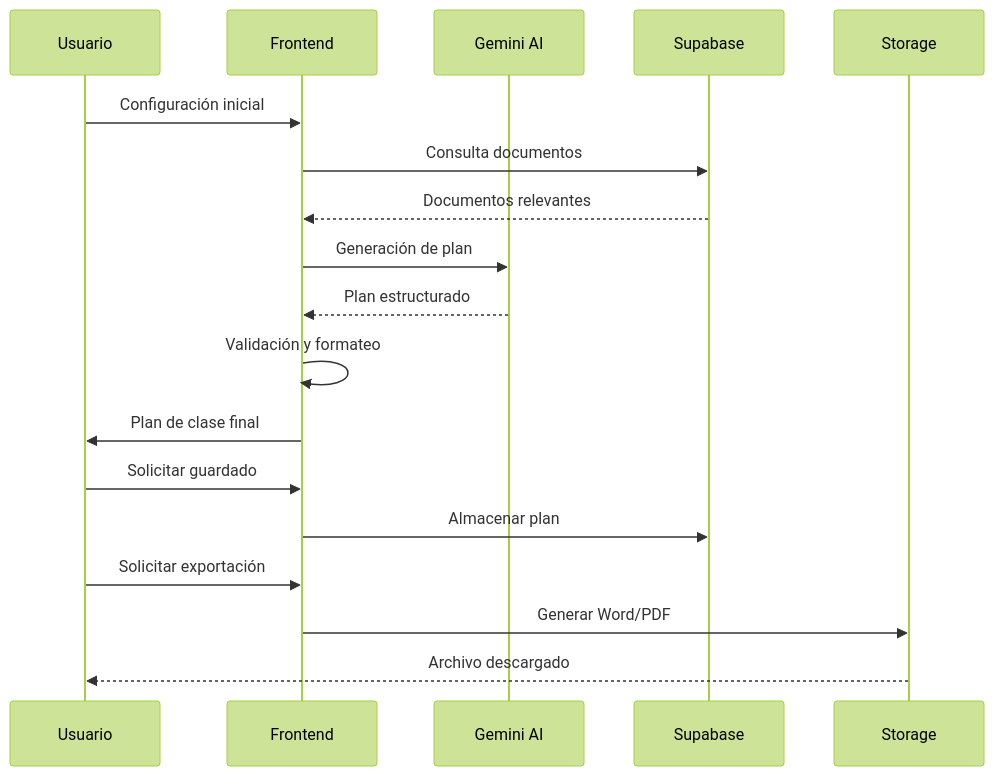
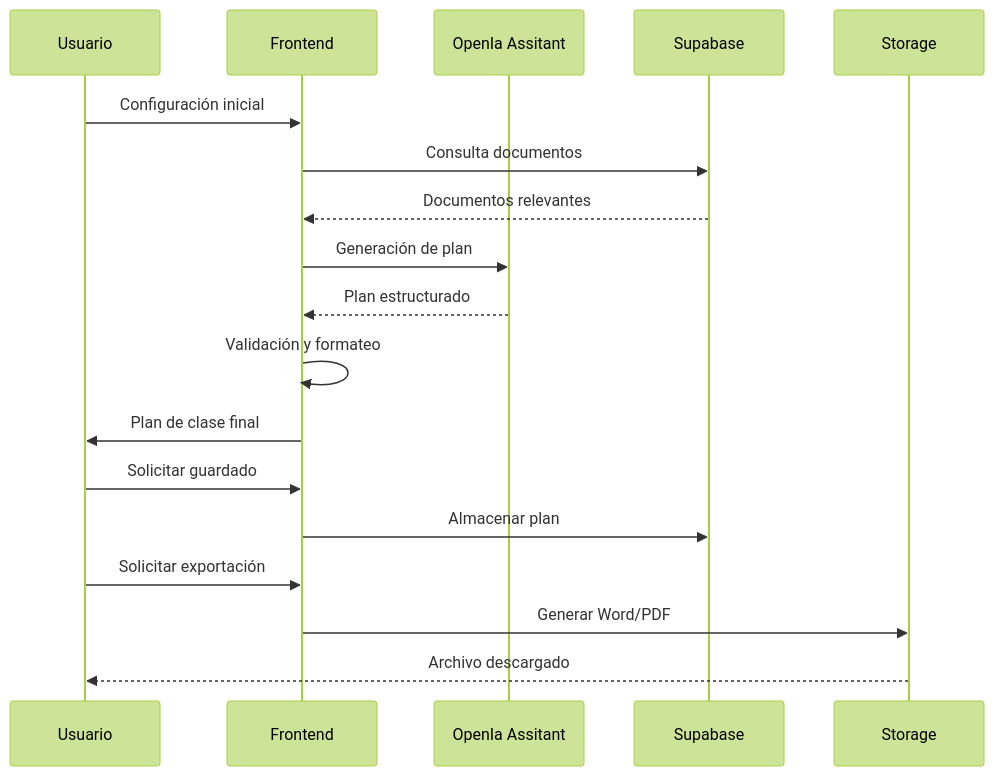
One commit to Curriaga2002/tutor-agente-ia changed the second of 6 diagrams in README.md. Above: the diagram before and after it, drawn with Mermaid (forest theme). The commit also changed other lines of this file, not shown here.

````diff
--- a/README.md
+++ b/README.md
@@ -147,21 +147,21 @@
 ```mermaid
 sequenceDiagram
     participant U as Usuario
     participant F as Frontend
-    participant AI as Gemini AI
+    participant AI as OpenIa Assitant
     participant DB as Supabase
     participant S as Storage
     
     U->>F: Configuración inicial
     F->>DB: Consulta documentos
     DB-->>F: Documentos relevantes
     F->>AI: Generación de plan
     AI-->>F: Plan estructurado
     F->>F: Validación y formateo
     F->>U: Plan de clase final
     U->>F: Solicitar guardado
     F->>DB: Almacenar plan
     U->>F: Solicitar exportación
     F->>S: Generar Word/PDF
     S-->>U: Archivo descargado
 ```
````
